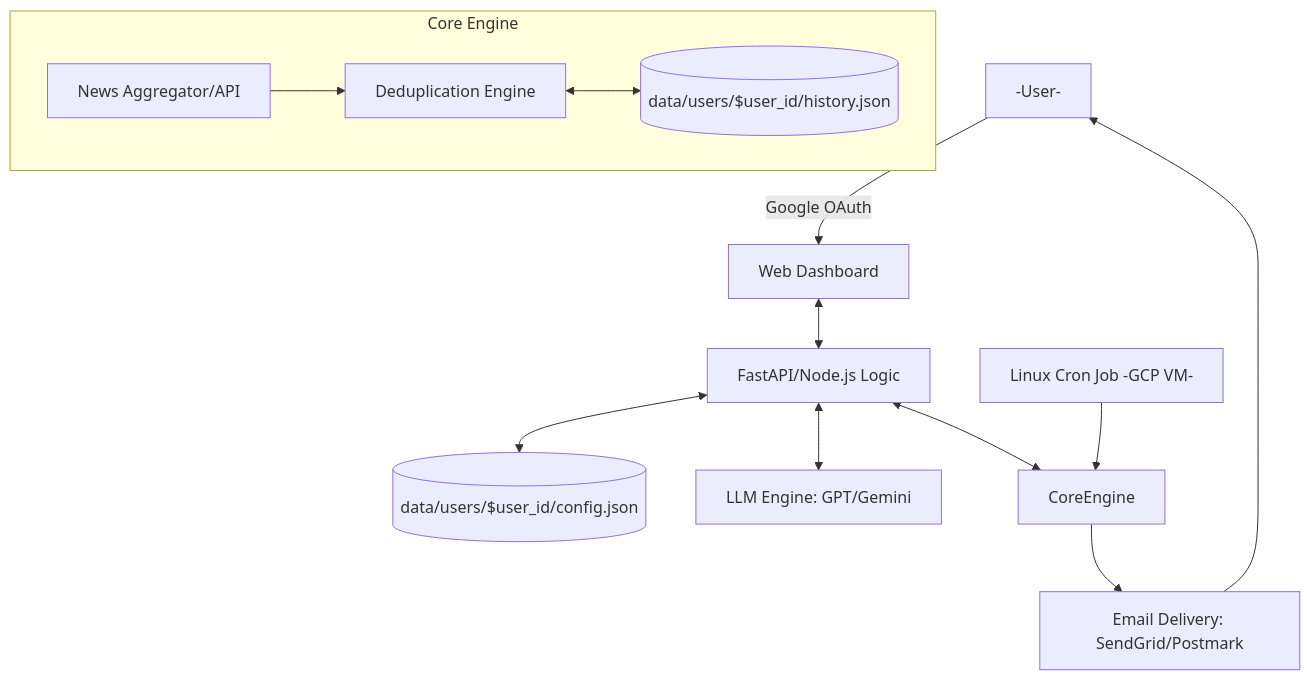
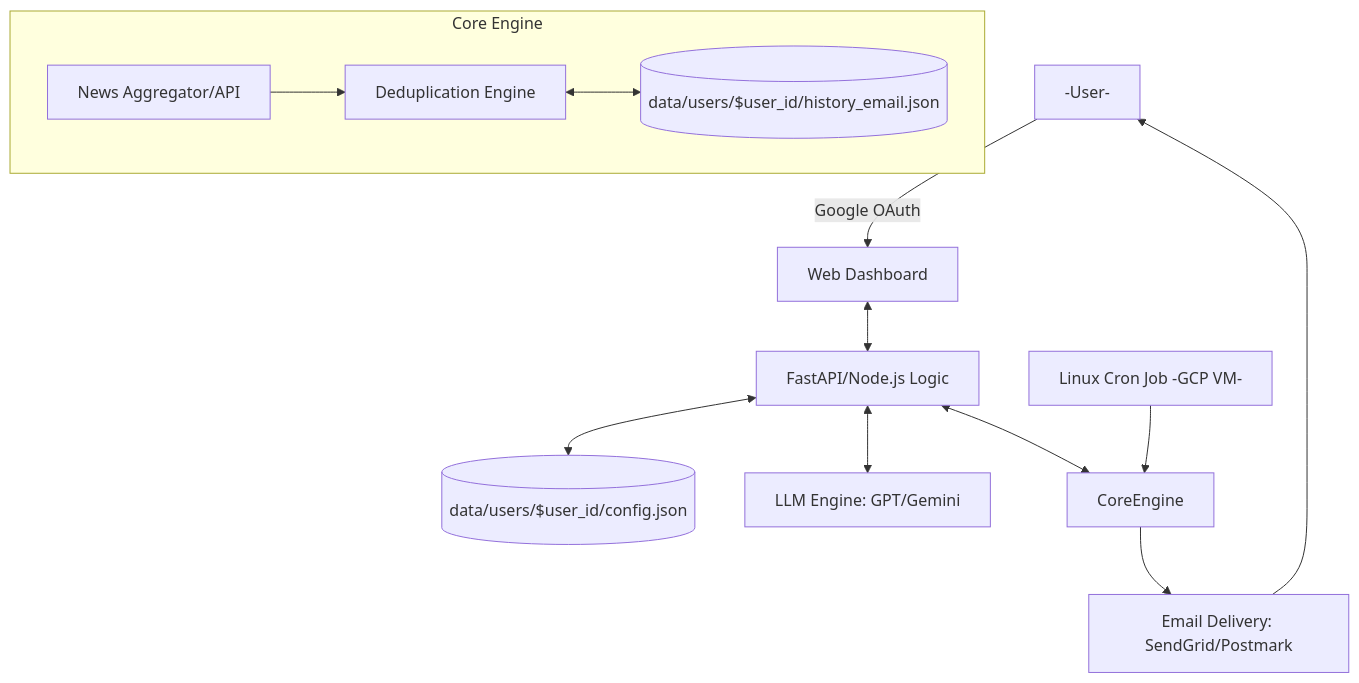
Before and after one commit to Zway68/AI-newsletter: the diagram in design.md, drawn with Mermaid. The commit also changed other lines of this file and 2 other files, not shown here.

Commit message:
Refine API to support multiple subscriptions and email history LIST/READ

````diff
--- a/design.md
+++ b/design.md
@@ -7,18 +7,18 @@
 ```mermaid
 graph TD
     User[-User-] -- "Google OAuth" --> UI[Web Dashboard]
     UI <--> Backend[FastAPI/Node.js Logic]
     Backend <--> Prefs[(data/users/$user_id/config.json)]
     Backend <--> LLM[LLM Engine: GPT/Gemini]
     
     subgraph Core Engine
         Aggregator[News Aggregator/API] --> Validator[Deduplication Engine]
-        Validator <--> History[(data/users/$user_id/history.json)]
+        Validator <--> HistoryEmail[(data/users/$user_id/history_email.json)]
     end
     
     Backend <--> CoreEngine
     CoreEngine --> EmailService[Email Delivery: SendGrid/Postmark]
     EmailService --> User
     
     Cron[Linux Cron Job -GCP VM-] --> CoreEngine
 ```
````
